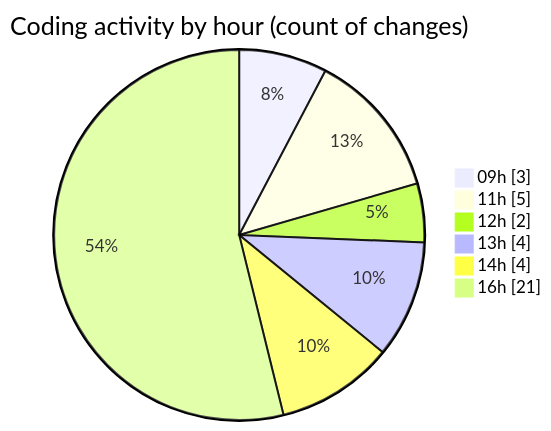
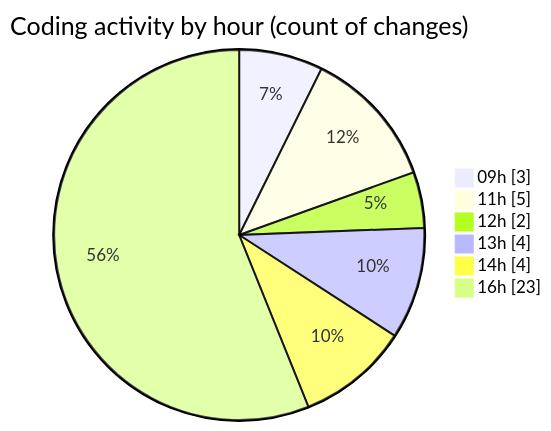
Before and after one commit to ricardozamudiocil/code-tracking: the second of 2 diagrams in 2026-03-03/cilapp/README.md, drawn with Mermaid. The commit also changed other lines of this file and 1 other file, not shown here.

````diff
--- a/2026-03-03/cilapp/README.md
+++ b/2026-03-03/cilapp/README.md
@@ -38,10 +38,10 @@
 ```mermaid
 pie showData
 title Coding activity by hour (count of changes)
 "09h" : 3
 "11h" : 5
 "12h" : 2
 "13h" : 4
 "14h" : 4
-"16h" : 21
+"16h" : 23
 ```
````
